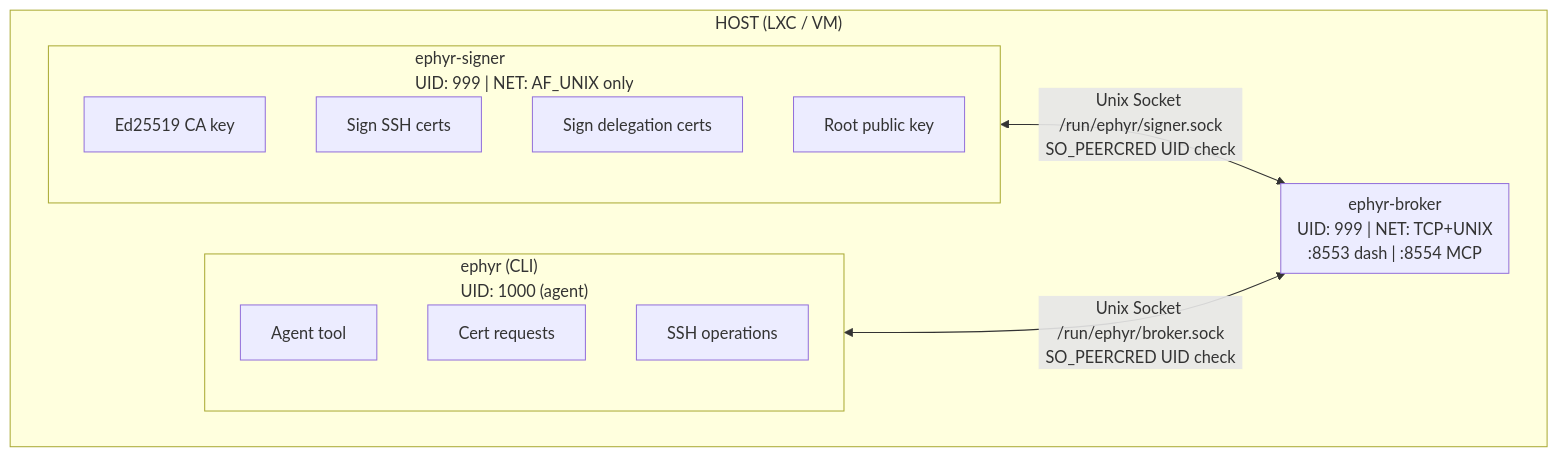
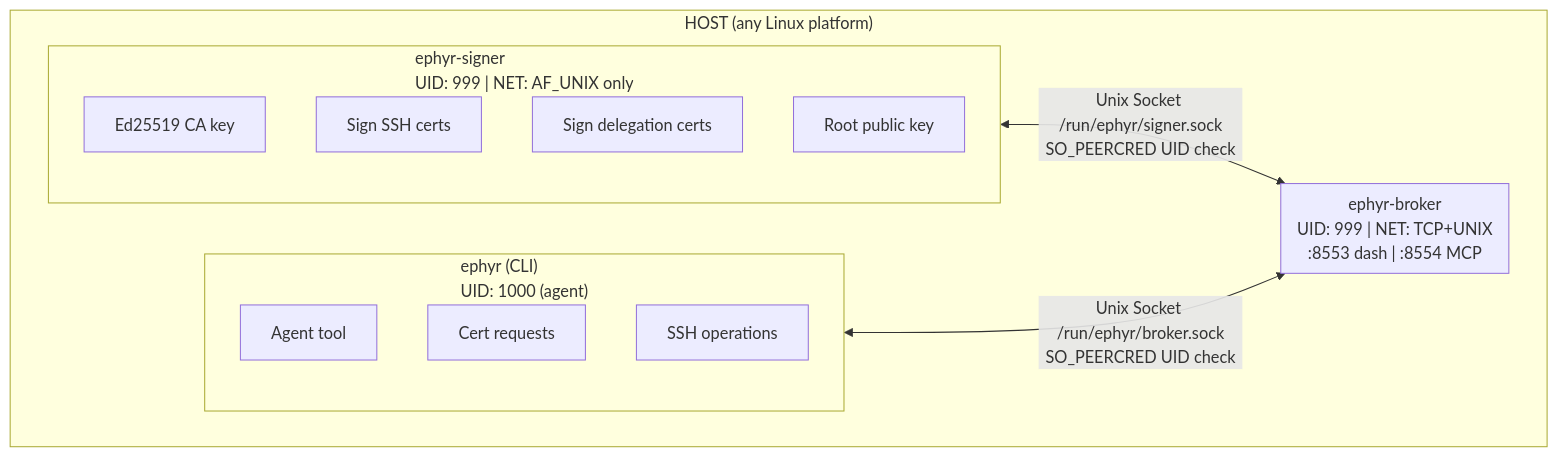
The first of 4 diagrams in docs/whitepaper-architecture.md (EphyrAI/Ephyr), drawn with Mermaid before and after one commit. The commit also changed other lines of this file and 9 other files, not shown here.

````diff
--- a/docs/whitepaper-architecture.md
+++ b/docs/whitepaper-architecture.md
@@ -118,23 +118,23 @@
 ```mermaid
 graph TD
-    subgraph HOST["HOST (LXC / VM)"]
+    subgraph HOST["HOST (any Linux platform)"]
         subgraph Signer["ephyr-signer<br/>UID: 999 | NET: AF_UNIX only"]
             S1["Ed25519 CA key"]
             S2["Sign SSH certs"]
             S3["Sign delegation certs"]
             S4["Root public key"]
         end
 
         subgraph Broker["ephyr-broker<br/>UID: 999 | NET: TCP+UNIX<br/>:8553 dash | :8554 MCP"]
         end
 
         subgraph CLI["ephyr (CLI)<br/>UID: 1000 (agent)"]
             C1["Agent tool"]
             C2["Cert requests"]
             C3["SSH operations"]
         end
 
         Signer <-->|"Unix Socket /run/ephyr/signer.sock<br/>SO_PEERCRED UID check"| Broker
         CLI <-->|"Unix Socket /run/ephyr/broker.sock<br/>SO_PEERCRED UID check"| Broker
     end
 ```
````
